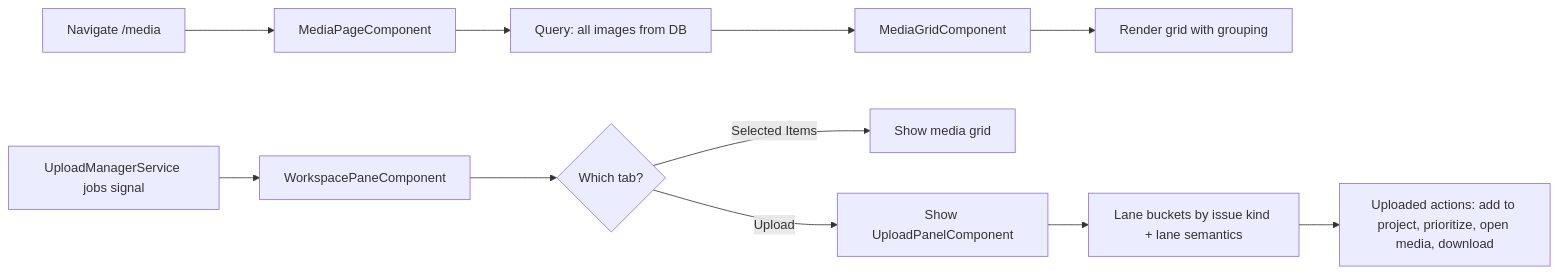
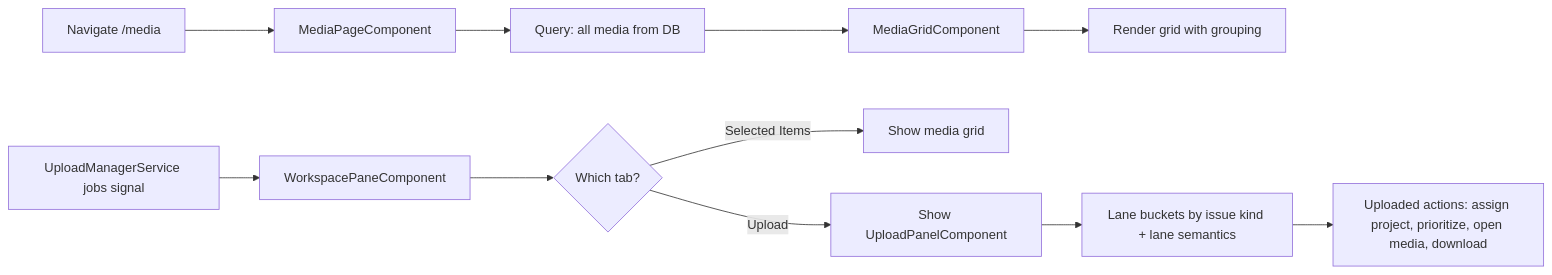
The first of 3 diagrams in docs/element-specs/media-page.md (matkleve/feldpost), drawn with Mermaid before and after one commit. The commit also changed other lines of this file and 32 other files, not shown here.

````diff
--- a/docs/element-specs/media-page.md
+++ b/docs/element-specs/media-page.md
@@ -162,14 +162,14 @@
 ```mermaid
 flowchart LR
     A["Navigate /media"] --> B["MediaPageComponent"]
-    B --> C["Query: all images from DB"]
+    B --> C["Query: all media from DB"]
     C --> D["MediaGridComponent"]
     D --> E["Render grid with grouping"]
 
     F["UploadManagerService jobs signal"] --> G["WorkspacePaneComponent"]
     G --> H{"Which tab?"}
     H -->|Selected Items| I["Show media grid"]
     H -->|Upload| J["Show UploadPanelComponent"]
     J --> K["Lane buckets by issue kind + lane semantics"]
-    K --> L["Uploaded actions: add to project, prioritize, open media, download"]
+    K --> L["Uploaded actions: assign project, prioritize, open media, download"]
 ```
````
